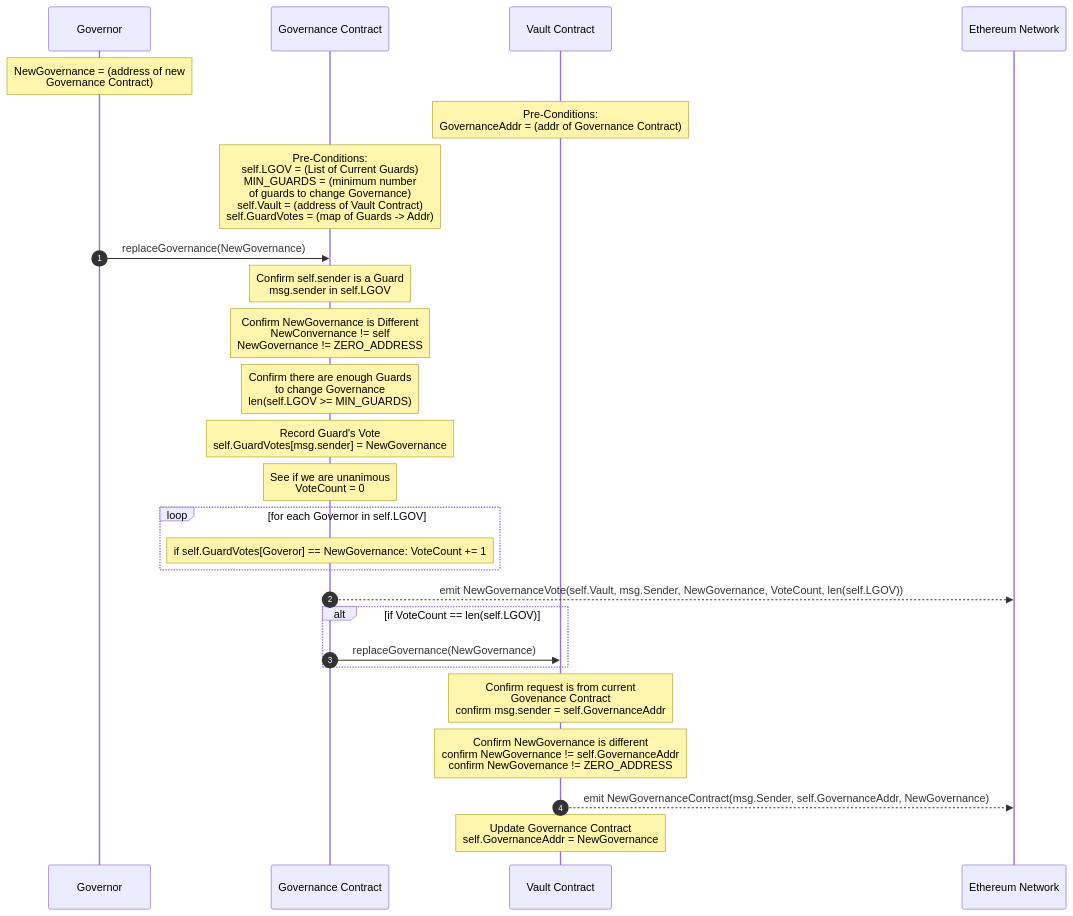
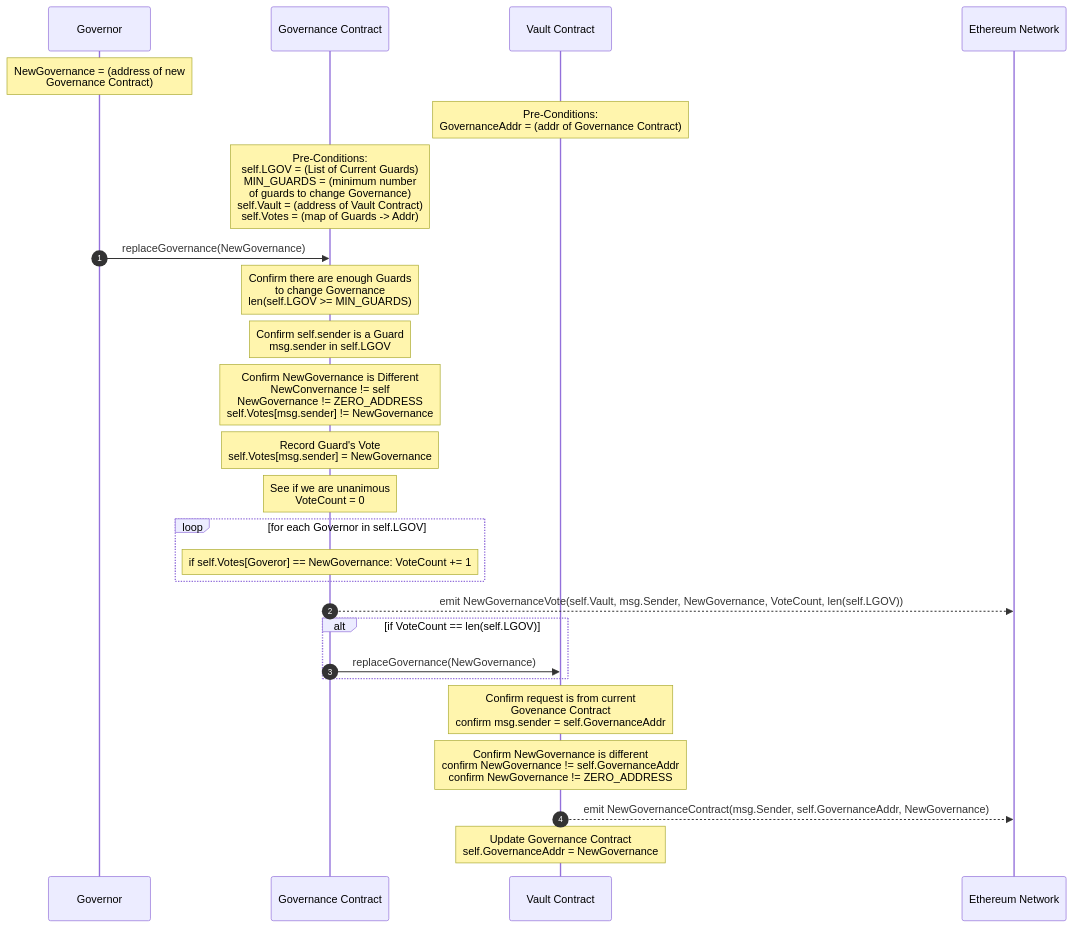
The ninth of 9 diagrams in docs/Governance.md (DynamoFinance/vault), drawn with Mermaid before and after one commit. The commit also changed other lines of this file, not shown here.

Commit message:
Small corrections in replaceGovernance logic.

````diff
--- a/docs/Governance.md
+++ b/docs/Governance.md
@@ -400,46 +400,47 @@
 ```mermaid
 sequenceDiagram
 
     participant G as Governor
     participant C1 as Governance Contract
     participant V as Vault Contract
     participant N as Ethereum Network
     autonumber
 
     Note over G: NewGovernance = (address of new<br>Governance Contract)
     Note over V: Pre-Conditions:<br>GovernanceAddr = (addr of Governance Contract)    
-    Note over C1: Pre-Conditions: <br>self.LGOV = (List of Current Guards)<br>MIN_GUARDS = (minimum number<br>of guards to change Governance)<br>self.Vault = (address of Vault Contract)<br>self.GuardVotes = (map of Guards -> Addr)
+    Note over C1: Pre-Conditions: <br>self.LGOV = (List of Current Guards)<br>MIN_GUARDS = (minimum number<br>of guards to change Governance)<br>self.Vault = (address of Vault Contract)<br>self.Votes = (map of Guards -> Addr)
 
 
     G->>C1: replaceGovernance(NewGovernance)
 
+    Note over C1: Confirm there are enough Guards<br>to change Governance<br>len(self.LGOV >= MIN_GUARDS)
     Note over C1: Confirm self.sender is a Guard<br>msg.sender in self.LGOV
-    Note over C1: Confirm NewGovernance is Different<br>NewConvernance != self<br>NewGovernance != ZERO_ADDRESS
-    Note over C1: Confirm there are enough Guards<br>to change Governance<br>len(self.LGOV >= MIN_GUARDS)
+    Note over C1: Confirm NewGovernance is Different<br>NewConvernance != self<br>NewGovernance != ZERO_ADDRESS<br>self.Votes[msg.sender] != NewGovernance
 
-    Note over C1: Record Guard's Vote<br>self.GuardVotes[msg.sender] = NewGovernance
+
+    Note over C1: Record Guard's Vote<br>self.Votes[msg.sender] = NewGovernance
 
     
     Note over C1: See if we are unanimous<br>VoteCount = 0
     loop for each Governor in self.LGOV
-        Note over C1: if self.GuardVotes[Goveror] == NewGovernance: VoteCount += 1
+        Note over C1: if self.Votes[Goveror] == NewGovernance: VoteCount += 1
     end
 
     C1-->>N: emit NewGovernanceVote(self.Vault, msg.Sender, NewGovernance, VoteCount, len(self.LGOV))
 
     alt if VoteCount == len(self.LGOV)
         C1->>V: replaceGovernance(NewGovernance)
     end
 
 
     Note over V: Confirm request is from current<br>Govenance Contract<br>confirm msg.sender = self.GovernanceAddr
     Note over V: Confirm NewGovernance is different<br>confirm NewGovernance != self.GovernanceAddr<br>confirm NewGovernance != ZERO_ADDRESS
 
         V-->>N: emit NewGovernanceContract(msg.Sender, self.GovernanceAddr, NewGovernance)
 
     Note over V: Update Governance Contract<br>self.GovernanceAddr = NewGovernance
 
 
 
     
 ```    
````
